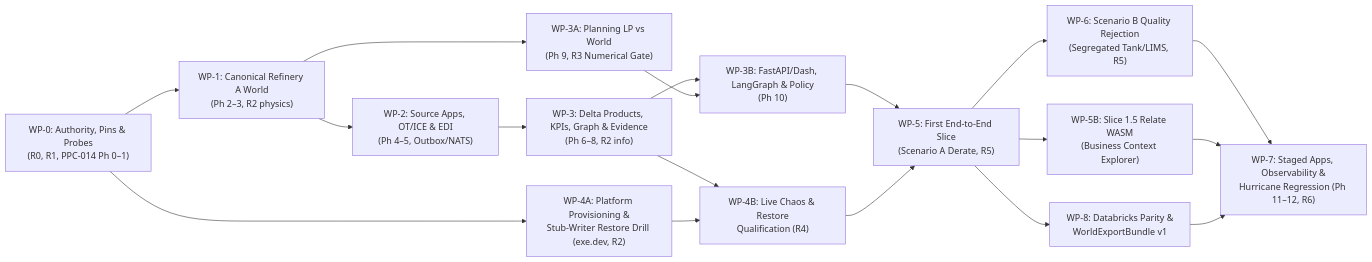
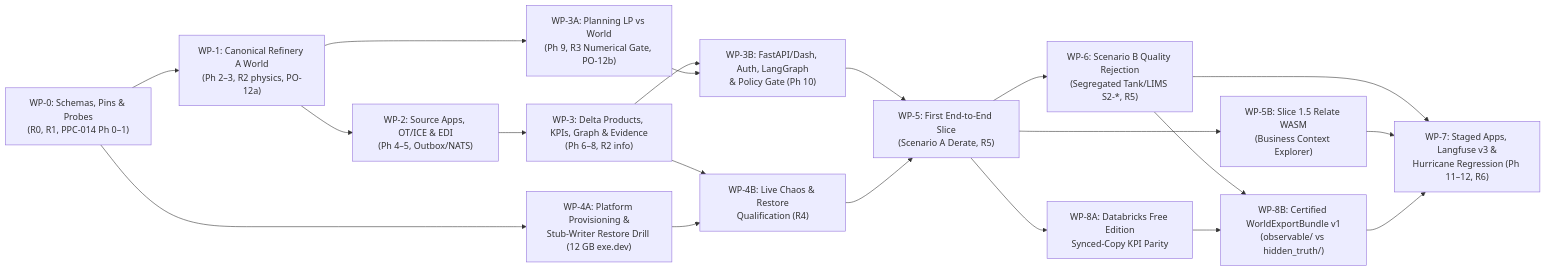
The diagram in docs/enterprise-architecture/08-implementation/PPC-PLAN-001_Implementation_Work_Packages_and_Readiness.md (aadehamid/pearland-petroleum-corporation), drawn with Mermaid before and after one commit. The commit also changed other lines of this file and 37 other files, not shown here.

````diff
--- a/docs/enterprise-architecture/08-implementation/PPC-PLAN-001_Implementation_Work_Packages_and_Readiness.md
+++ b/docs/enterprise-architecture/08-implementation/PPC-PLAN-001_Implementation_Work_Packages_and_Readiness.md
@@ -19,20 +23,22 @@
 ```mermaid
 flowchart LR
-    WP0["WP-0: Authority, Pins & Probes\n(R0, R1, PPC-014 Ph 0–1)"] --> WP1["WP-1: Canonical Refinery A World\n(Ph 2–3, R2 physics)"]
-    WP0 --> WP4A["WP-4A: Platform Provisioning &\nStub-Writer Restore Drill (exe.dev, R2)"]
+    WP0["WP-0: Schemas, Pins & Probes\n(R0, R1, PPC-014 Ph 0–1)"] --> WP1["WP-1: Canonical Refinery A World\n(Ph 2–3, R2 physics, PO-12a)"]
+    WP0 --> WP4A["WP-4A: Platform Provisioning &\nStub-Writer Restore Drill (12 GB exe.dev)"]
     WP1 --> WP2["WP-2: Source Apps, OT/ICE & EDI\n(Ph 4–5, Outbox/NATS)"]
-    WP1 --> WP3A["WP-3A: Planning LP vs World\n(Ph 9, R3 Numerical Gate)"]
+    WP1 --> WP3A["WP-3A: Planning LP vs World\n(Ph 9, R3 Numerical Gate, PO-12b)"]
     WP2 --> WP3["WP-3: Delta Products, KPIs, Graph & Evidence\n(Ph 6–8, R2 info)"]
-    WP3 --> WP3B["WP-3B: FastAPI/Dash, LangGraph & Policy\n(Ph 10)"]
+    WP3 --> WP3B["WP-3B: FastAPI/Dash, Auth, LangGraph\n& Policy Gate (Ph 10)"]
     WP3 --> WP4B["WP-4B: Live Chaos & Restore\nQualification (R4)"]
     WP4A --> WP4B
     WP3A --> WP3B
     WP3B --> WP5["WP-5: First End-to-End Slice\n(Scenario A Derate, R5)"]
     WP4B --> WP5
     WP5 --> WP5B["WP-5B: Slice 1.5 Relate WASM\n(Business Context Explorer)"]
-    WP5 --> WP6["WP-6: Scenario B Quality Rejection\n(Segregated Tank/LIMS, R5)"]
-    WP5 --> WP8["WP-8: Databricks Parity &\nWorldExportBundle v1"]
-    WP6 --> WP7["WP-7: Staged Apps, Observability &\nHurricane Regression (Ph 11–12, R6)"]
+    WP5 --> WP6["WP-6: Scenario B Quality Rejection\n(Segregated Tank/LIMS S2-*, R5)"]
+    WP5 --> WP8A["WP-8A: Databricks Free Edition\nSynced-Copy KPI Parity"]
+    WP6 --> WP8B["WP-8B: Certified WorldExportBundle v1\n(observable/ vs hidden_truth/)"]
+    WP8A --> WP8B
+    WP6 --> WP7["WP-7: Staged Apps, Langfuse v3 &\nHurricane Regression (Ph 11–12, R6)"]
     WP5B --> WP7
-    WP8 --> WP7
+    WP8B --> WP7
 ```
````
